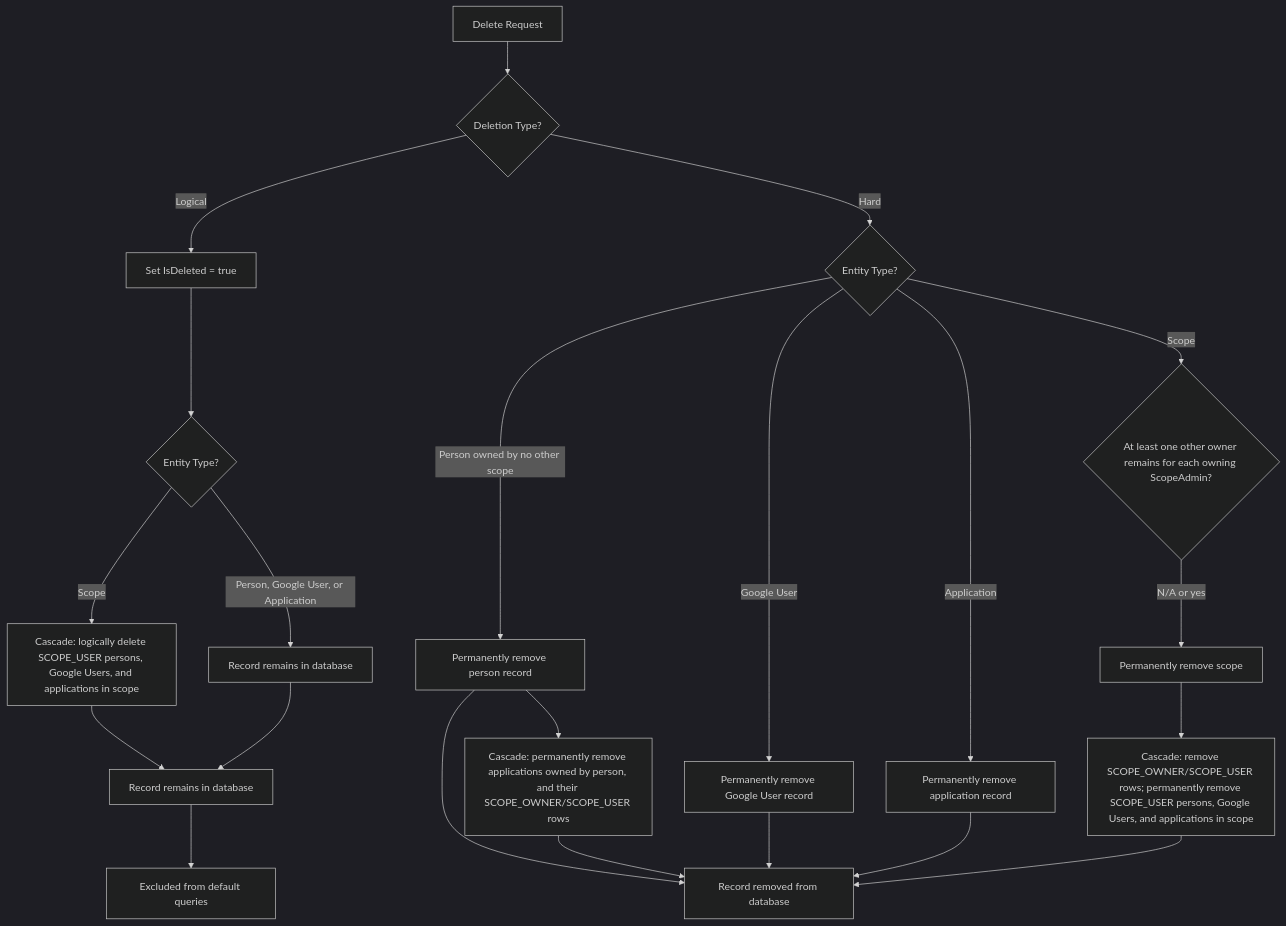
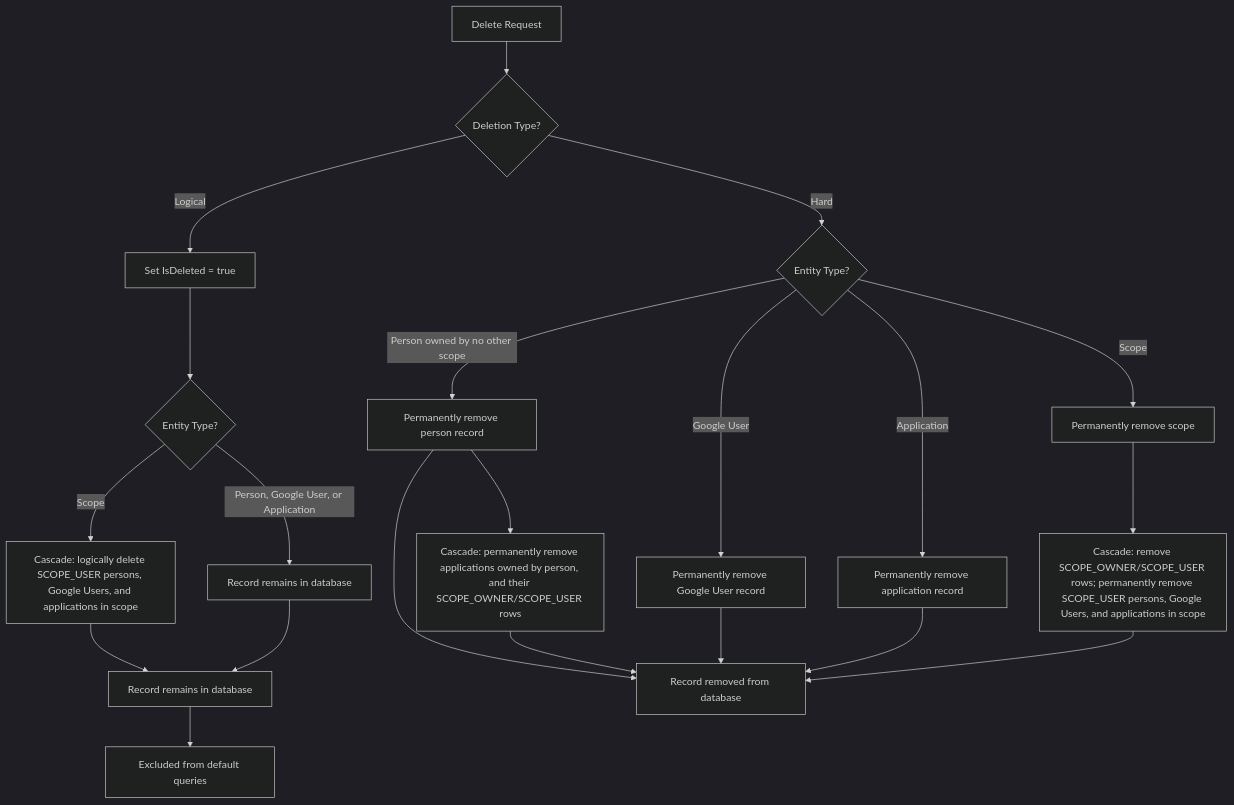
The fourth of 4 diagrams in docs/requirements/System Requirements Document.md (artur-rios/heimdall-api), drawn with Mermaid (dark theme) before and after one commit. The commit also changed other lines of this file and 25 other files, not shown here.

````diff
--- a/docs/requirements/System Requirements Document.md
+++ b/docs/requirements/System Requirements Document.md
@@ -570,25 +571,24 @@
 ```mermaid
 flowchart TD
     A[Delete Request] --> B{Deletion Type?}
     B -->|Logical| C[Set IsDeleted = true]
     C --> C1{Entity Type?}
     C1 -->|Scope| C2[Cascade: logically delete SCOPE_USER persons, Google Users, and applications in scope]
     C1 -->|Person, Google User, or Application| C3[Record remains in database]
     C2 --> D[Record remains in database]
     C3 --> D
     D --> E[Excluded from default queries]
 
     B -->|Hard| F{Entity Type?}
     F -->|Person owned by no other scope| G[Permanently remove person record]
     G --> K[Cascade: permanently remove applications owned by person, and their SCOPE_OWNER/SCOPE_USER rows]
     F -->|Google User| M[Permanently remove Google User record]
     F -->|Application| L[Permanently remove application record]
-    F -->|Scope| H{At least one other owner remains for each owning ScopeAdmin?}
-    H -->|N/A or yes| H2[Permanently remove scope]
+    F -->|Scope| H2[Permanently remove scope]
     H2 --> I[Cascade: remove SCOPE_OWNER/SCOPE_USER rows; permanently remove SCOPE_USER persons, Google Users, and applications in scope]
     G --> J[Record removed from database]
     K --> J
     M --> J
     L --> J
     I --> J
 ```
````
